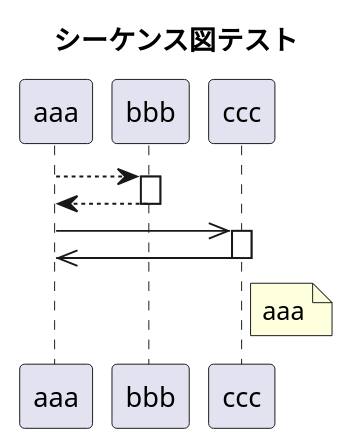
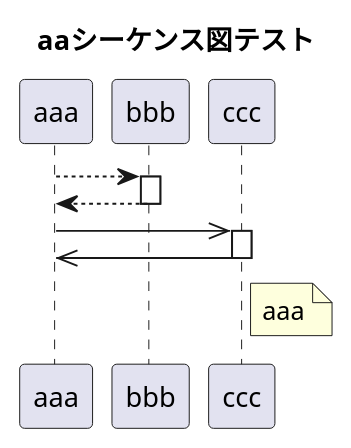
One commit to atonement109/plantUML changed the diagram in test.puml. Above: the diagram before and after it, drawn with PlantUML.

```diff
--- a/test.puml
+++ b/test.puml
@@ -1,14 +1,14 @@
 @startuml testuml
-title シーケンス図テスト
+title aaシーケンス図テスト
 aaa --> bbb
 activate bbb
 aaa <-- bbb
 deactivate bbb
 aaa ->> ccc
 activate ccc
 aaa <<- ccc
 deactivate ccc
 note right ccc
     aaa
 end note
 @enduml
```
